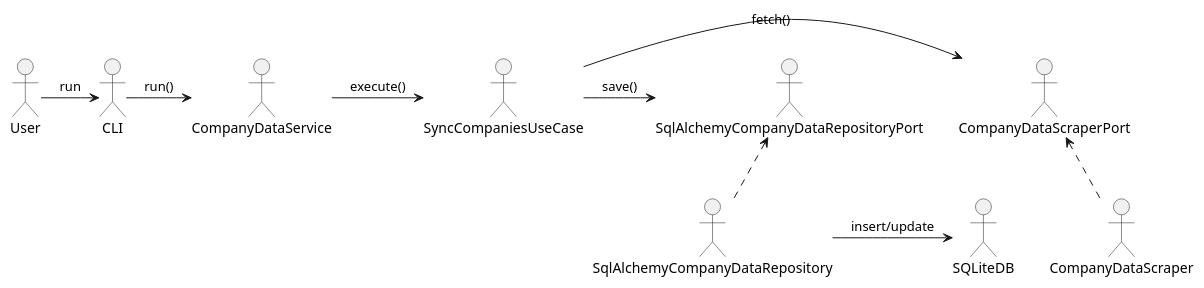
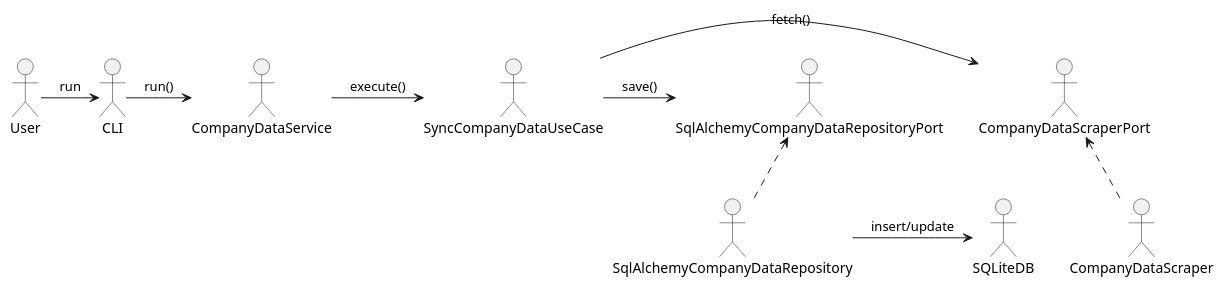
Before and after one commit to faustostangler/FL2: the diagram in ARCHITECTURE.md, drawn with PlantUML. The commit also changed other lines of this file and 14 other files, not shown here.

````diff
--- a/ARCHITECTURE.md
+++ b/ARCHITECTURE.md
@@ -171,14 +171,14 @@
 ```plantuml
 @startuml
 skinparam componentStyle rectangle
 actor User
 User -> CLI : run
 CLI -> CompanyDataService : run()
-CompanyDataService -> SyncCompaniesUseCase : execute()
-SyncCompaniesUseCase -> CompanyDataScraperPort : fetch()
+CompanyDataService -> SyncCompanyDataUseCase : execute()
+SyncCompanyDataUseCase -> CompanyDataScraperPort : fetch()
 CompanyDataScraperPort <.. CompanyDataScraper
-SyncCompaniesUseCase -> SqlAlchemyCompanyDataRepositoryPort : save()
+SyncCompanyDataUseCase -> SqlAlchemyCompanyDataRepositoryPort : save()
 SqlAlchemyCompanyDataRepositoryPort <.. SqlAlchemyCompanyDataRepository
 SqlAlchemyCompanyDataRepository -> SQLiteDB : insert/update
 @enduml
 ```
````
